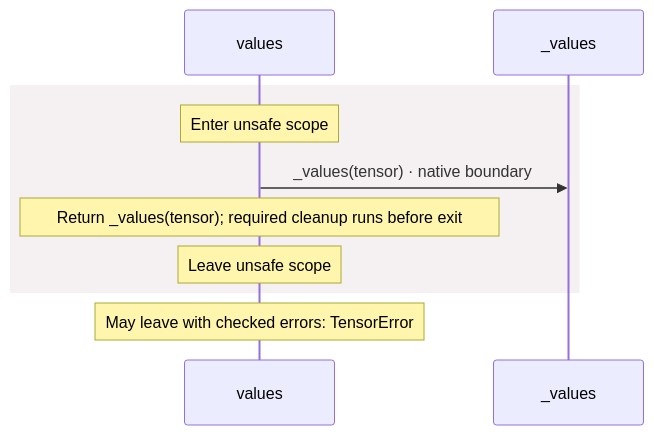
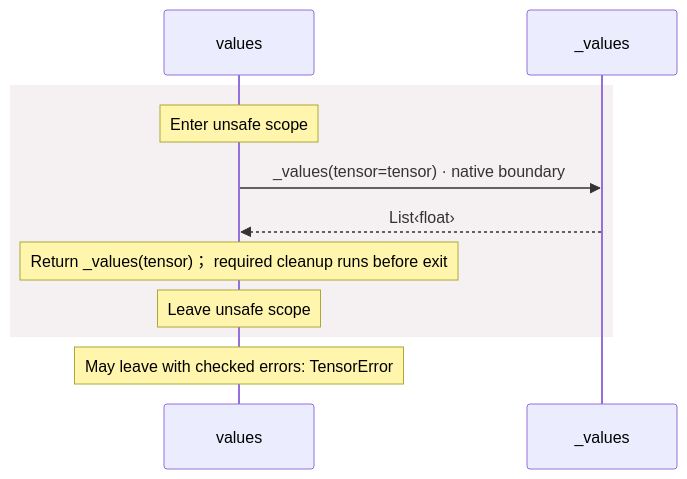
One commit to GreenPandaStudios/augscript changed the sixth of 8 diagrams in docs/examples/native-pytorch/dependencies/packages/@greenpandastudios/aug-pytorch/0.1.6/api-diagrams.md. Above: the diagram before and after it, drawn with Mermaid. The commit also changed other lines of this file and 524 other files, not shown here.

Commit message:
Explain checked data flow at folder and service levels

````diff
--- a/docs/examples/native-pytorch/dependencies/packages/@greenpandastudios/aug-pytorch/0.1.6/api-diagrams.md
+++ b/docs/examples/native-pytorch/dependencies/packages/@greenpandastudios/aug-pytorch/0.1.6/api-diagrams.md
@@ -183,12 +157,13 @@
 ```mermaid
 sequenceDiagram
     participant p0 as values
     participant p1 as _values
     rect rgb(245, 240, 241)
     Note over p0: Enter unsafe scope
-    p0->>p1: _values(tensor) · native boundary
-    Note over p0: Return _values(tensor)#59; required cleanup runs before exit
+    p0->>p1: _values(tensor=tensor) · native boundary
+    p1-->>p0: List‹float›
+    Note over p0: Return _values(tensor)； required cleanup runs before exit
     Note over p0: Leave unsafe scope
     end
     Note over p0: May leave with checked errors: TensorError
 ```
````
